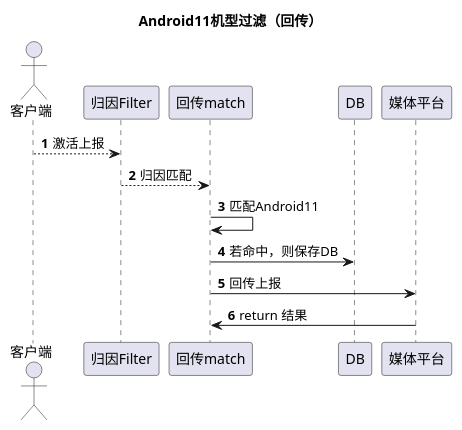
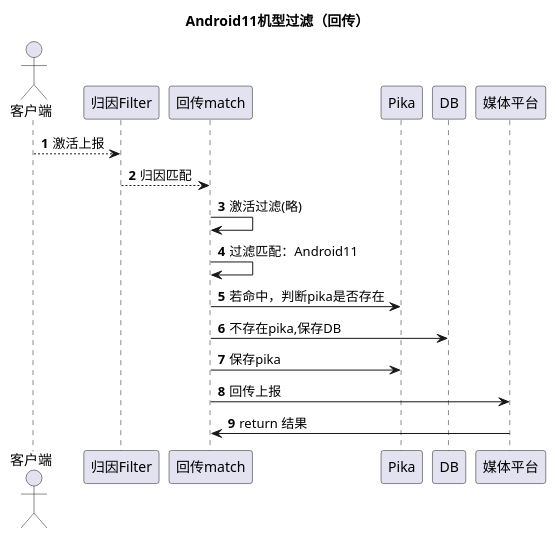
The diagram in angogo/feedback/filter.puml (aoheng/PlantUML), drawn with PlantUML before and after one commit.

Commit message:
feat: Android11机型过滤（回传）

```diff
--- a/angogo/feedback/filter.puml
+++ b/angogo/feedback/filter.puml
@@ -1,14 +1,17 @@
 @startuml
 'https://plantuml.com/sequence-diagram
 
 title Android11机型过滤（回传）
 autonumber
 actor       客户端    as client
 
 client --> 归因Filter: 激活上报
 归因Filter--> 回传match: 归因匹配
-回传match -> 回传match: 匹配Android11
-回传match -> DB: 若命中，则保存DB
+回传match -> 回传match: 激活过滤(略)
+回传match -> 回传match: 过滤匹配：Android11
+回传match -> Pika: 若命中，判断pika是否存在
+回传match -> DB: 不存在pika,保存DB
+回传match -> Pika: 保存pika
 回传match -> 媒体平台: 回传上报
 媒体平台 -> 回传match: return 结果
 @enduml
```
